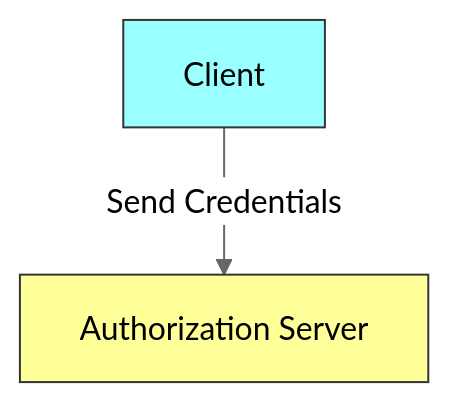
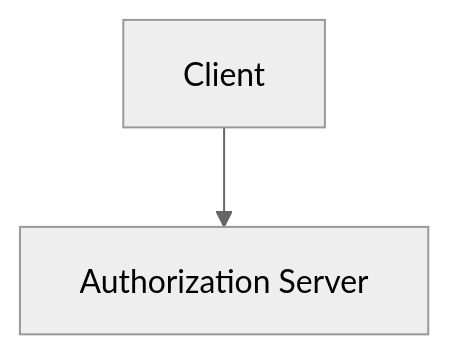
One commit to lele-maxwell/adorsys-gis-blog3 changed the second of 5 diagrams in docs/blog/direct-access-grant/slides.md. Above: the diagram before and after it, drawn with Mermaid (neutral theme). The commit also changed other lines of this file, not shown here.

Commit message:
Fix slides.md file to have a better explanation of what the process and what it does and correct explanation of the Direct grant flow and use correct diagram syntax and format

````diff
--- a/docs/blog/direct-access-grant/slides.md
+++ b/docs/blog/direct-access-grant/slides.md
@@ -90,6 +86,4 @@
 ```mermaid
 graph TD
-    A[Client] -->|Send Credentials| B[Authorization Server]
-    style A fill:#9ff,stroke:#333
-    style B fill:#ff9,stroke:#333
+    A[Client] --> B[Authorization Server]
 ```
````
